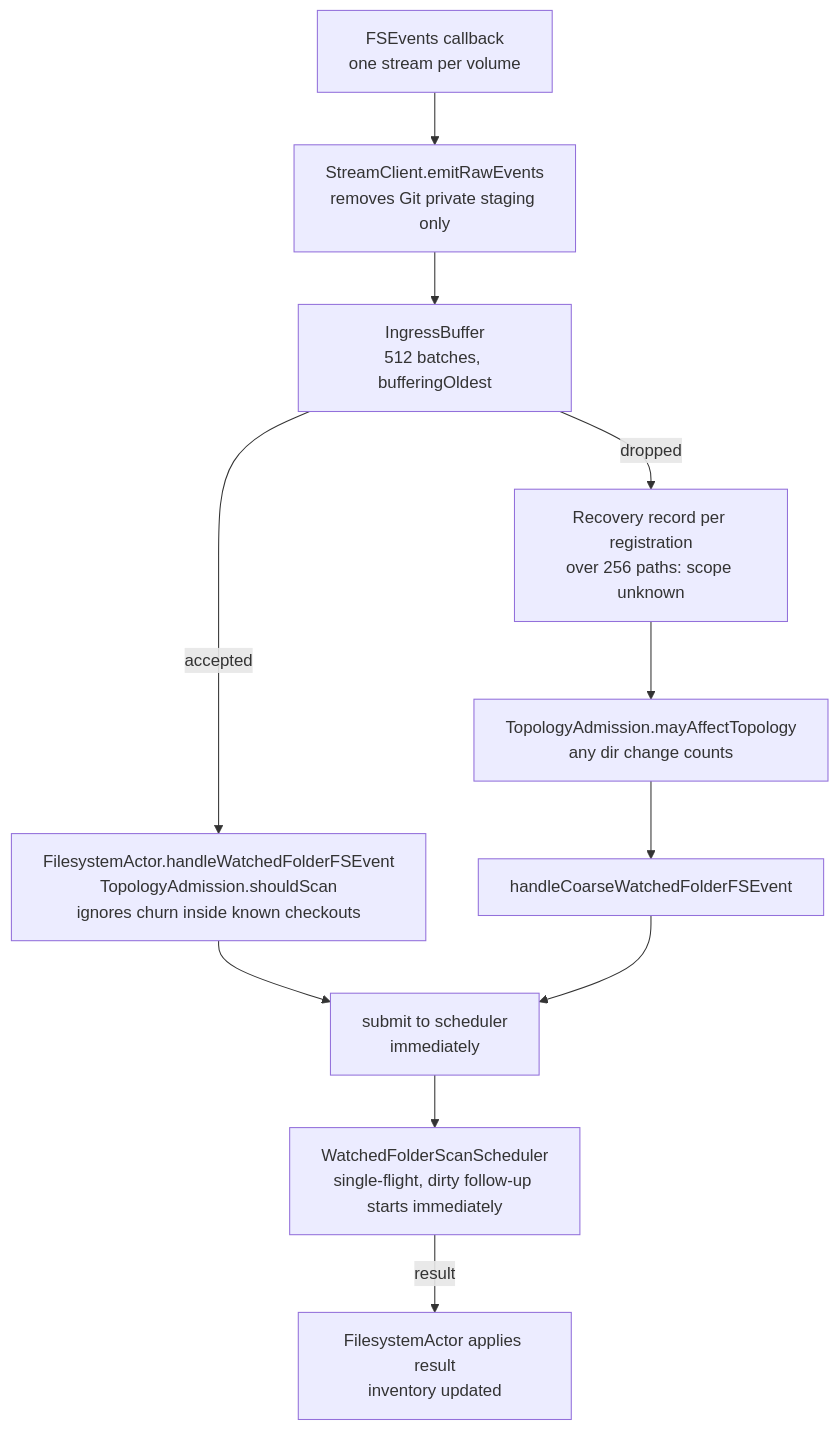
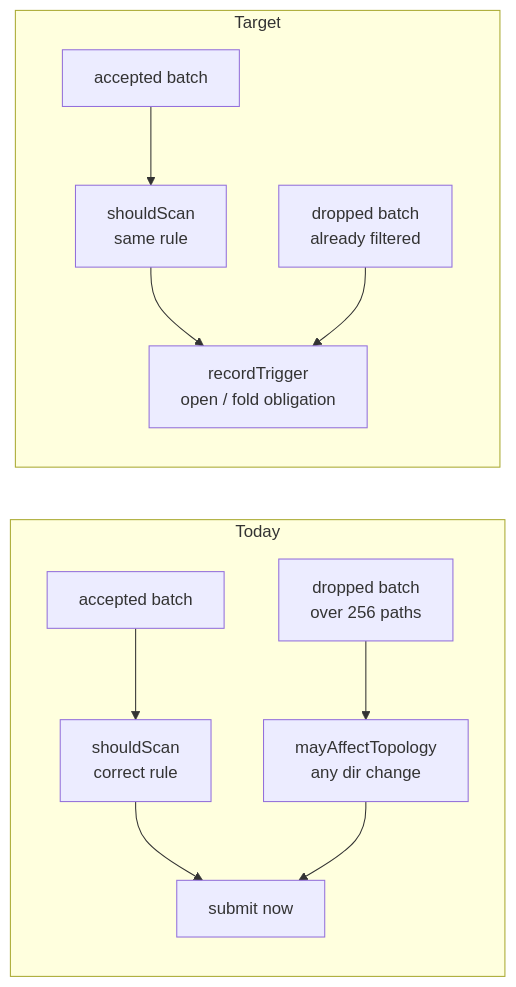
Before and after one commit to getagentstudio/agentstudio: the third of 7 diagrams in docs/specs/2026-11-04-fsevents-overload/2026-11-04-fsevents-overload-program-design.md, drawn with Mermaid. The commit also changed other lines of this file and 1 other file, not shown here.

Commit message:
docs(specs): group FSEvents design into filter/admission/debounce/scan blocks

````diff
--- a/docs/specs/2026-11-04-fsevents-overload/2026-11-04-fsevents-overload-program-design.md
+++ b/docs/specs/2026-11-04-fsevents-overload/2026-11-04-fsevents-overload-program-design.md
@@ -9,13 +44,11 @@
 ```mermaid
-flowchart TD
-  os["FSEvents callback<br/>one stream per volume"] --> classify["StreamClient.emitRawEvents<br/>removes Git private staging only"]
-  classify --> buf["IngressBuffer<br/>512 batches, bufferingOldest"]
-  buf -->|accepted| should["FilesystemActor.handleWatchedFolderFSEvent<br/>TopologyAdmission.shouldScan<br/>ignores churn inside known checkouts"]
-  buf -->|dropped| rec["Recovery record per registration<br/>over 256 paths: scope unknown"]
-  rec --> weak["TopologyAdmission.mayAffectTopology<br/>any dir change counts"]
-  weak --> coarse["handleCoarseWatchedFolderFSEvent"]
-  should --> submit["submit to scheduler<br/>immediately"]
-  coarse --> submit
-  submit --> sched["WatchedFolderScanScheduler<br/>single-flight, dirty follow-up starts immediately"]
-  sched -->|result| apply["FilesystemActor applies result<br/>inventory updated"]
+flowchart LR
+  subgraph today2["Today"]
+    a1["accepted batch"] --> a2["shouldScan<br/>correct rule"] --> a5["submit now"]
+    a3["dropped batch<br/>over 256 paths"] --> a4["mayAffectTopology<br/>any dir change"] --> a5
+  end
+  subgraph target2["Target"]
+    b1["accepted batch"] --> b2["shouldScan<br/>same rule"] --> b4["recordTrigger<br/>open / fold obligation"]
+    b3["dropped batch<br/>already filtered"] --> b4
+  end
 ```
````
